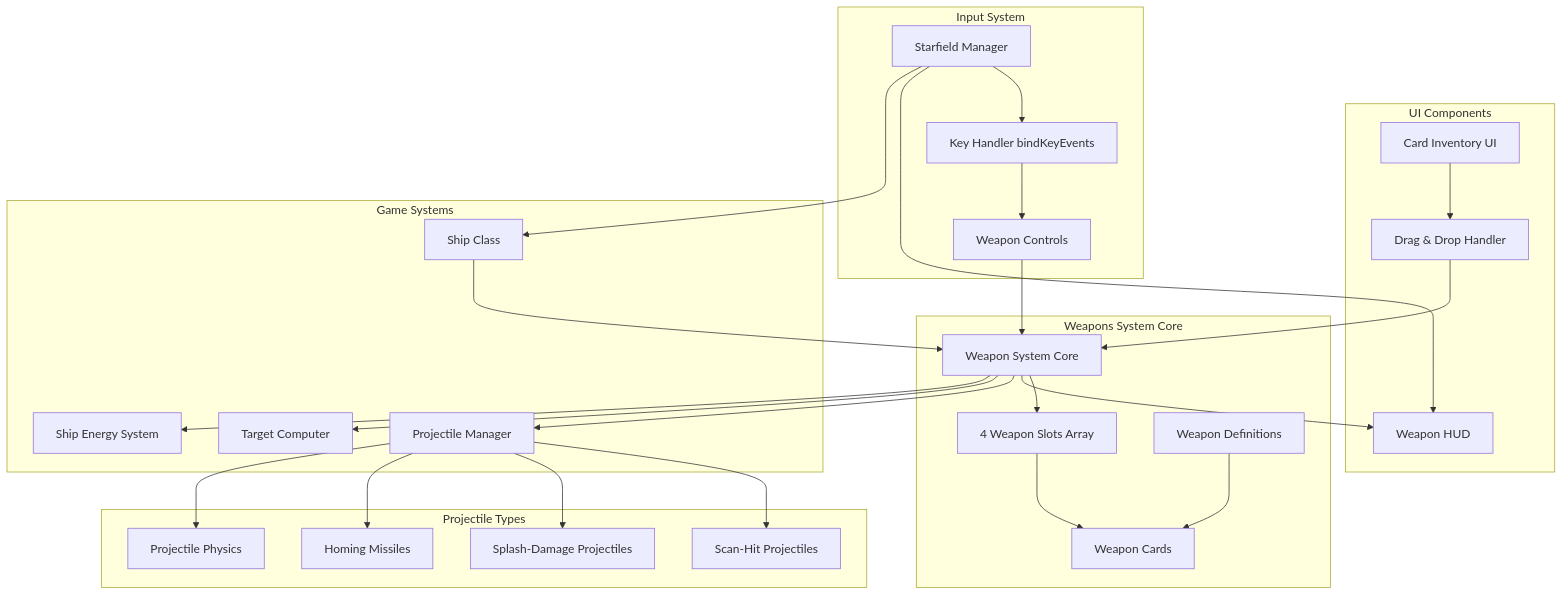
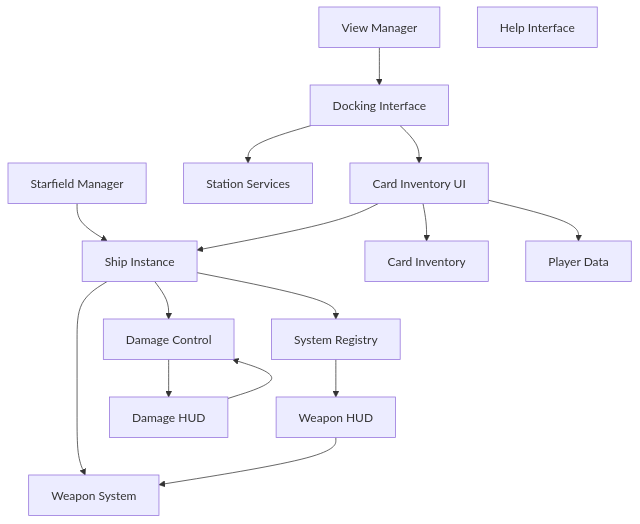
Before and after one commit to thoracle/planetz: diagram 23 of 23 in docs/system_architecture.md, drawn with Mermaid. The commit also changed other lines of this file and 5 other files, not shown here.

````diff
--- a/docs/system_architecture.md
+++ b/docs/system_architecture.md
@@ -1298,60 +1328,36 @@
 ```mermaid
-graph TB
-    subgraph "Weapons System Core"
-        WeaponSystemCore[Weapon System Core]
-        WeaponSlots[4 Weapon Slots Array]
-        WeaponCards[Weapon Cards]
-        WeaponDefinitions[Weapon Definitions]
-    end
+graph TD
+    StarfieldManager[Starfield Manager]
+    ViewManager[View Manager]
+    Ship[Ship Instance]
+    DockingInterface[Docking Interface]
+    StationServices[Station Services]
+    CardInventoryUI[Card Inventory UI]
+    CardInventory[Card Inventory]
+    PlayerData[Player Data]
+    SystemRegistry[System Registry]
+    WeaponSystem[Weapon System]
+    DamageControl[Damage Control]
+    WeaponHUD[Weapon HUD]
+    DamageHUD[Damage HUD]
+    HelpInterface[Help Interface]
     
-    subgraph "UI Components"
-        WeaponHUD[Weapon HUD]
-        CardInventoryUI[Card Inventory UI]
-        DragDropHandler[Drag & Drop Handler]
-    end
+    StarfieldManager --> Ship
+    ViewManager --> DockingInterface
+    DockingInterface --> CardInventoryUI
+    DockingInterface --> StationServices
     
-    subgraph "Input System"
-        StarfieldManager[Starfield Manager]
-        KeyHandler[Key Handler bindKeyEvents]
-        WeaponControls[Weapon Controls]
-    end
+    CardInventoryUI --> CardInventory
+    CardInventoryUI --> PlayerData
+    CardInventoryUI --> Ship
     
-    subgraph "Game Systems"
-        Ship[Ship Class]
-        TargetComputer[Target Computer]
-        EnergySystem[Ship Energy System]
-        ProjectileManager[Projectile Manager]
-    end
+    Ship --> SystemRegistry
+    Ship --> WeaponSystem
+    Ship --> DamageControl
     
-    subgraph "Projectile Types"
-        ScanHitProjectile[Scan-Hit Projectiles]
-        SplashProjectile[Splash-Damage Projectiles]
-        HomingMissile[Homing Missiles]
-        Projectile[Projectile Physics]
-    end
+    SystemRegistry --> WeaponHUD
+    DamageControl --> DamageHUD
     
-    WeaponSystemCore --> WeaponSlots
-    WeaponSlots --> WeaponCards
-    WeaponSystemCore --> WeaponHUD
-    WeaponSystemCore --> ProjectileManager
-    WeaponDefinitions --> WeaponCards
-    
-    CardInventoryUI --> DragDropHandler
-    DragDropHandler --> WeaponSystemCore
-    
-    StarfieldManager --> KeyHandler
-    KeyHandler --> WeaponControls
-    WeaponControls --> WeaponSystemCore
-    
-    Ship --> WeaponSystemCore
-    WeaponSystemCore --> TargetComputer
-    WeaponSystemCore --> EnergySystem
-    
-    ProjectileManager --> ScanHitProjectile
-    ProjectileManager --> SplashProjectile
-    ProjectileManager --> HomingMissile
-    ProjectileManager --> Projectile
-    
-    StarfieldManager --> WeaponHUD
-    StarfieldManager --> Ship
-```
+    WeaponHUD --> WeaponSystem
+    DamageHUD --> DamageControl
+``` 
````
